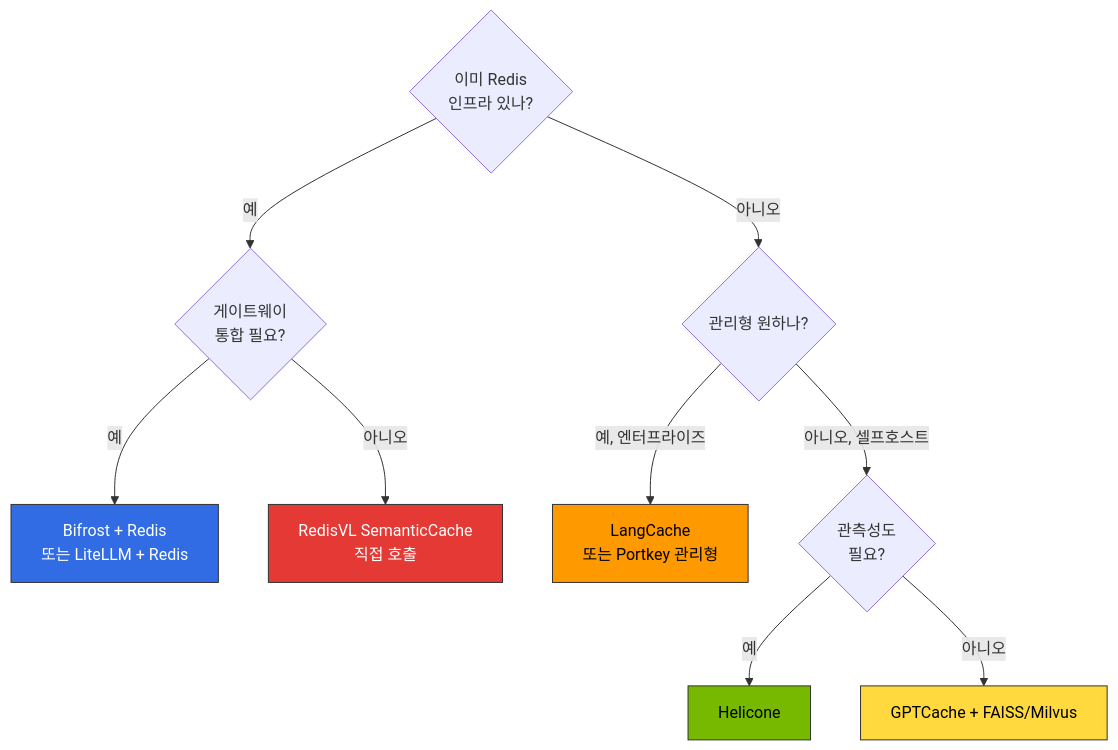
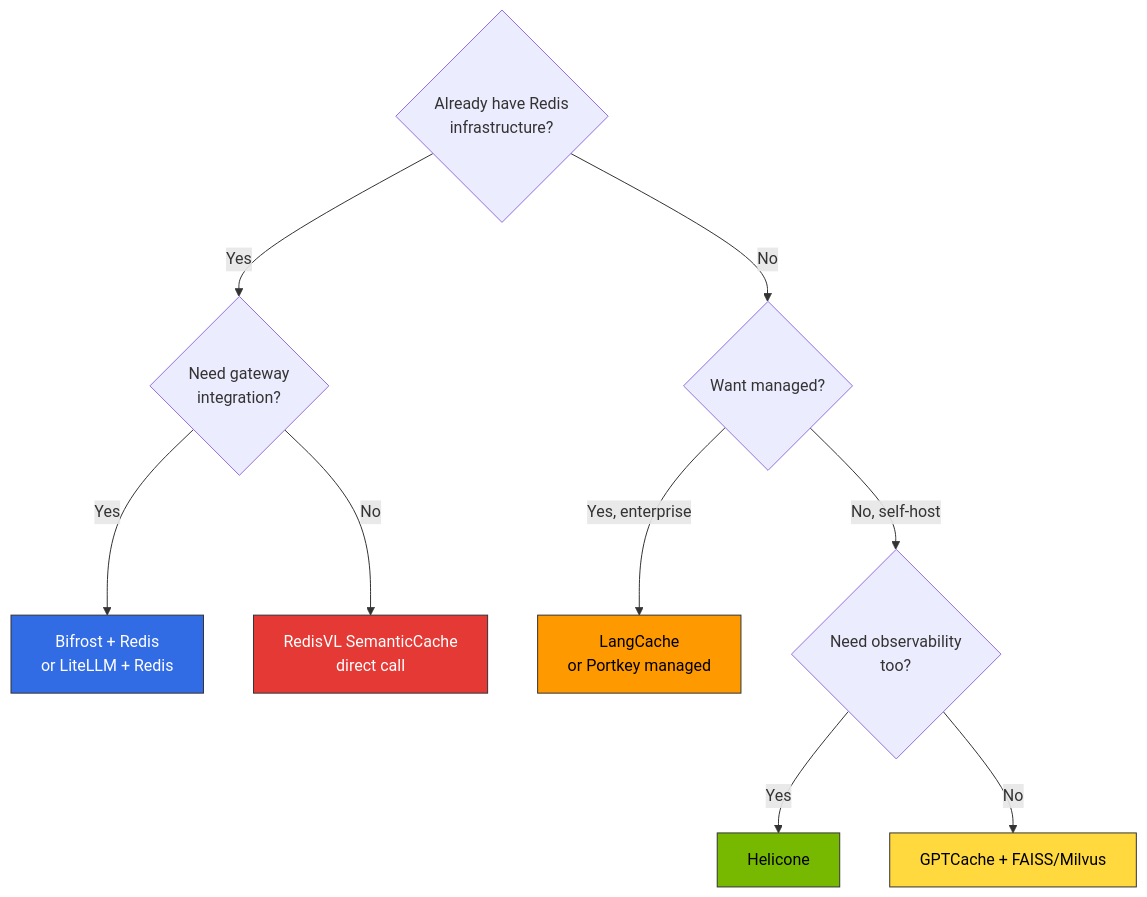
Before and after one commit to devfloor9/engineering-playbook: the third of 3 diagrams in docs/agentic-ai-platform/reference-architecture/inference-gateway/setup/advanced-features.md, drawn with Mermaid. The commit also changed other lines of this file and 954 other files, not shown here.

````diff
--- a/docs/agentic-ai-platform/reference-architecture/inference-gateway/setup/advanced-features.md
+++ b/docs/agentic-ai-platform/reference-architecture/inference-gateway/setup/advanced-features.md
@@ -715,21 +611,21 @@
 ```mermaid
 flowchart TD
-    Q1{이미 Redis<br/>인프라 있나?}
-    Q1 -->|예| Q2{게이트웨이<br/>통합 필요?}
-    Q1 -->|아니오| Q3{관리형 원하나?}
+    Q1{Already have Redis<br/>infrastructure?}
+    Q1 -->|Yes| Q2{Need gateway<br/>integration?}
+    Q1 -->|No| Q3{Want managed?}
 
-    Q2 -->|예| R1[Bifrost + Redis<br/>또는 LiteLLM + Redis]
-    Q2 -->|아니오| R2[RedisVL SemanticCache<br/>직접 호출]
+    Q2 -->|Yes| R1[Bifrost + Redis<br/>or LiteLLM + Redis]
+    Q2 -->|No| R2[RedisVL SemanticCache<br/>direct call]
 
-    Q3 -->|예, 엔터프라이즈| R3[LangCache<br/>또는 Portkey 관리형]
-    Q3 -->|아니오, 셀프호스트| Q4{관측성도<br/>필요?}
+    Q3 -->|Yes, enterprise| R3[LangCache<br/>or Portkey managed]
+    Q3 -->|No, self-host| Q4{Need observability<br/>too?}
 
-    Q4 -->|예| R4[Helicone]
-    Q4 -->|아니오| R5[GPTCache + FAISS/Milvus]
+    Q4 -->|Yes| R4[Helicone]
+    Q4 -->|No| R5[GPTCache + FAISS/Milvus]
 
     style R1 fill:#326ce5,stroke:#333,color:#fff
     style R2 fill:#e53935,stroke:#333,color:#fff
     style R3 fill:#ff9900,stroke:#333,color:#000
     style R4 fill:#76b900,stroke:#333,color:#000
     style R5 fill:#ffd93d,stroke:#333,color:#000
 ```
````
